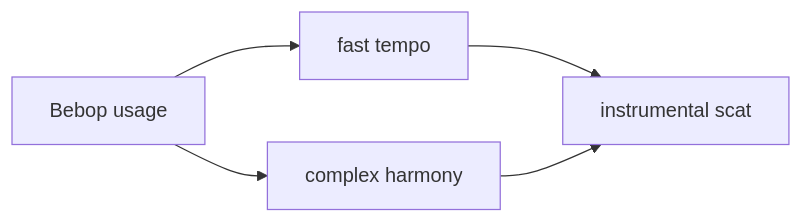
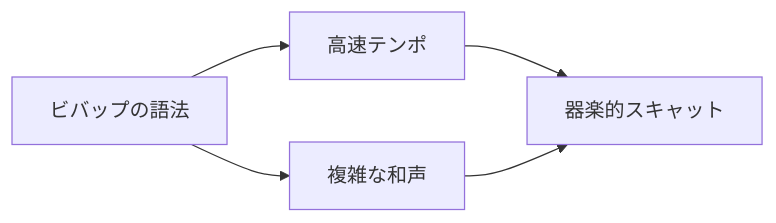
Before and after one commit to monumental-movement/monumental-movement.github.io: the second of 2 diagrams in en/_posts/2026-02-07-column-scat-singing.md, drawn with Mermaid. The commit also changed other lines of this file and 2196 other files, not shown here.

```diff
--- a/en/_posts/2026-02-07-column-scat-singing.md
+++ b/en/_posts/2026-02-07-column-scat-singing.md
@@ -104,7 +103,7 @@
 <div class="mermaid">
 flowchart LR
-    A[Bebop usage] --> B[fast tempo]
-    A --> C[complex harmony]
-    B --> D[instrumental scat]
+    A[ビバップの語法] --> B[高速テンポ]
+    A --> C[複雑な和声]
+    B --> D[器楽的スキャット]
     C --> D
 </div>
```
